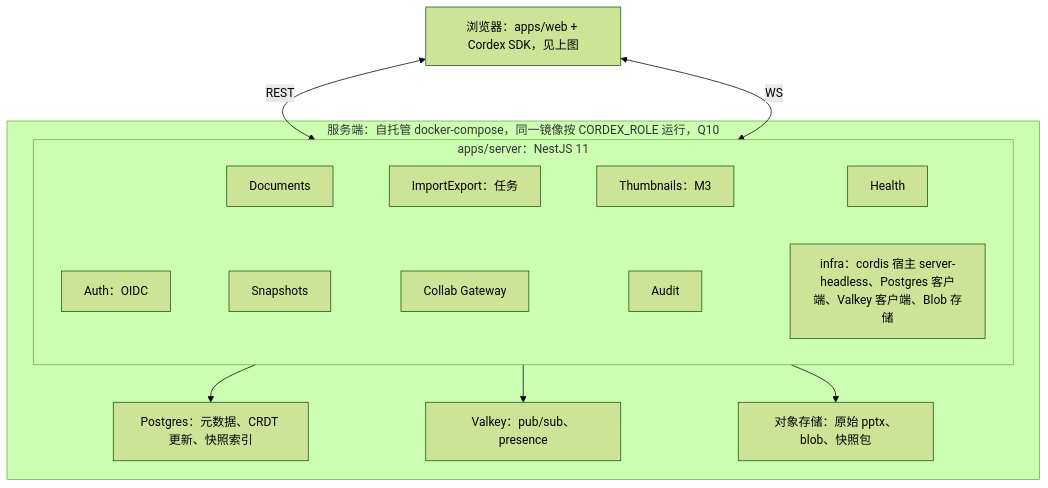
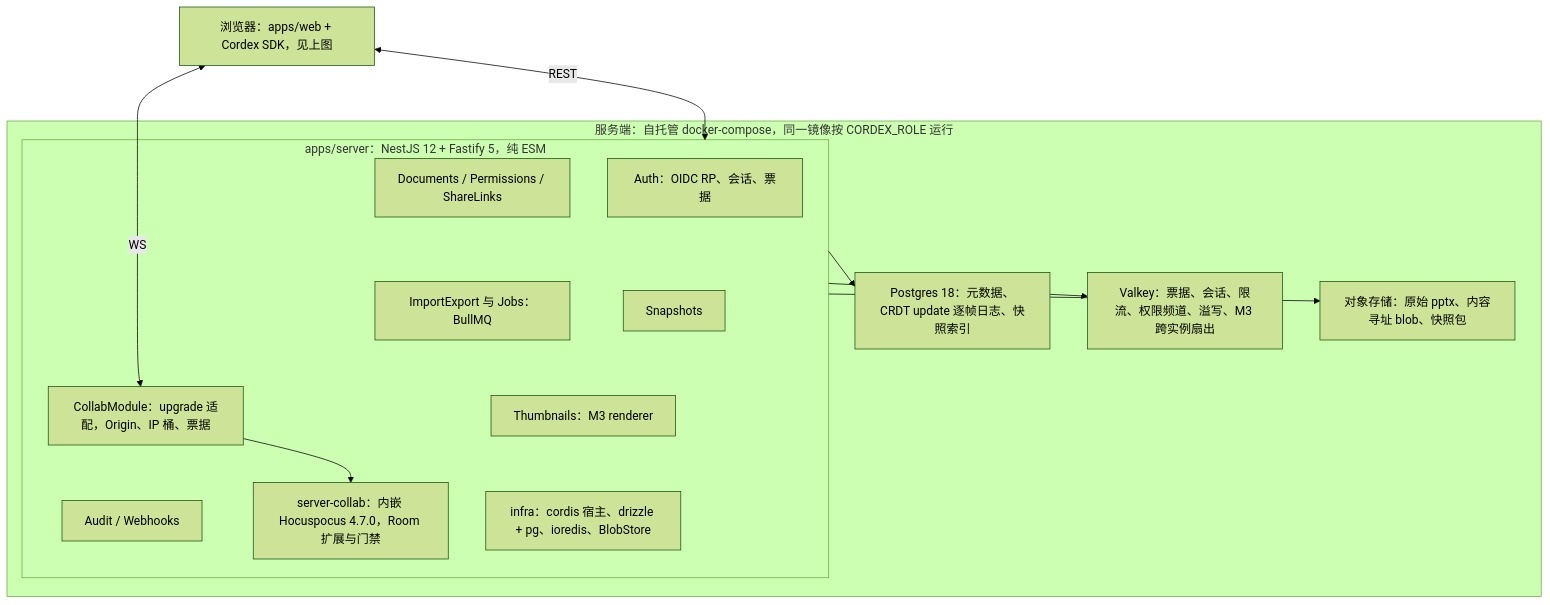
One commit to Xeonice/cordis-ppt-editor changed the fourth of 18 diagrams in docs/30-architecture/01-overview.md. Above: the diagram before and after it, drawn with Mermaid (forest theme). The commit also changed other lines of this file and 78 other files, not shown here.

````diff
--- a/docs/30-architecture/01-overview.md
+++ b/docs/30-architecture/01-overview.md
@@ -77,28 +124,28 @@
 ```mermaid
 flowchart TB
   browser["浏览器：apps/web + Cordex SDK，见上图"]
-  subgraph serverSide["服务端：自托管 docker-compose，同一镜像按 CORDEX_ROLE 运行，Q10"]
-    subgraph appServer["apps/server：NestJS 11"]
-      auth["Auth：OIDC"]
-      docs["Documents"]
+  subgraph serverSide["服务端：自托管 docker-compose，同一镜像按 CORDEX_ROLE 运行"]
+    subgraph appServer["apps/server：NestJS 12 + Fastify 5，纯 ESM"]
+      auth["Auth：OIDC RP、会话、票据"]
+      docs["Documents / Permissions / ShareLinks"]
       snaps["Snapshots"]
-      impExp["ImportExport：任务"]
-      gateway["Collab Gateway"]
-      thumbs["Thumbnails：M3"]
-      audit["Audit"]
-      health["Health"]
-      infra["infra：cordis 宿主 server-headless、Postgres 客户端、Valkey 客户端、Blob 存储"]
+      impExp["ImportExport 与 Jobs：BullMQ"]
+      gateway["CollabModule：upgrade 适配，Origin、IP 桶、票据"]
+      hp["server-collab：内嵌 Hocuspocus 4.7.0，Room 扩展与门禁"]
+      thumbs["Thumbnails：M3 renderer"]
+      audit["Audit / Webhooks"]
+      infra["infra：cordis 宿主、drizzle + pg、ioredis、BlobStore"]
     end
-    pg["Postgres：元数据、CRDT 更新、快照索引"]
-    valkey["Valkey：pub/sub、presence"]
-    blob["对象存储：原始 pptx、blob、快照包"]
+    pg["Postgres 18：元数据、CRDT update 逐帧日志、快照索引"]
+    valkey["Valkey：票据、会话、限流、权限频道、溢写、M3 跨实例扇出"]
+    blob["对象存储：原始 pptx、内容寻址 blob、快照包"]
   end
   auth ~~~ snaps ~~~ gateway ~~~ audit
-  docs ~~~ impExp ~~~ thumbs ~~~ health
-  audit ~~~ infra
+  docs ~~~ impExp ~~~ thumbs ~~~ infra
+  gateway --> hp
   browser <-- "REST" --> appServer
-  browser <-- "WS" --> appServer
+  browser <-- "WS" --> gateway
   appServer --> pg
   appServer --> valkey
   appServer --> blob
 ```
````
